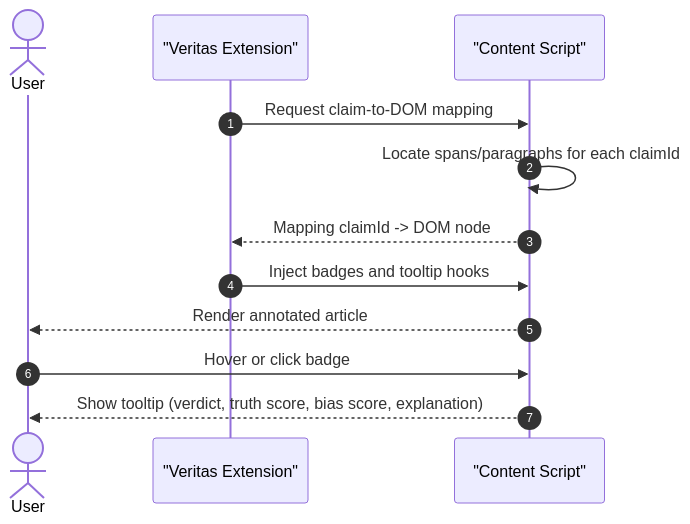
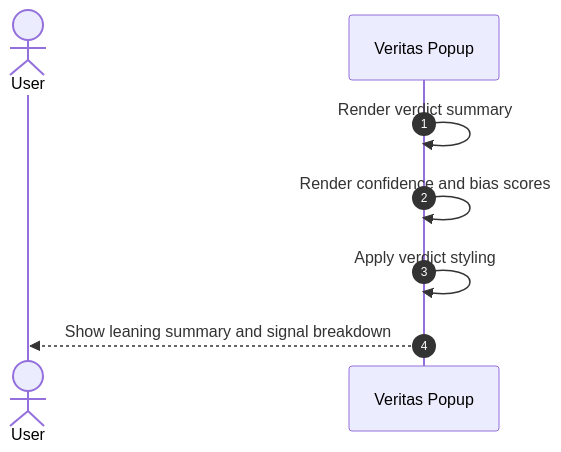
One commit to FastMartini/Veritas changed the ninth of 9 diagrams in docs/README.md. Above: the diagram before and after it, drawn with Mermaid. The commit also changed other lines of this file, not shown here.

Commit message:
Revise README to reflect political leaning analysis focus

````diff
--- a/docs/README.md
+++ b/docs/README.md
@@ -744,15 +479,11 @@
 ```mermaid
 sequenceDiagram
     autonumber
     actor User
-    participant Extension as "Veritas Extension"
-    participant CS as "Content Script"
+    participant Popup as Veritas Popup
 
-    Extension->>CS: Request claim-to-DOM mapping
-    CS->>CS: Locate spans/paragraphs for each claimId
-    CS-->>Extension: Mapping claimId -> DOM node
-    Extension->>CS: Inject badges and tooltip hooks
-    CS-->>User: Render annotated article
-    User->>CS: Hover or click badge
-    CS-->>User: Show tooltip (verdict, truth score, bias score, explanation)
+    Popup->>Popup: Render verdict summary
+    Popup->>Popup: Render confidence and bias scores
+    Popup->>Popup: Apply verdict styling
+    Popup-->>User: Show leaning summary and signal breakdown
 ```
````
